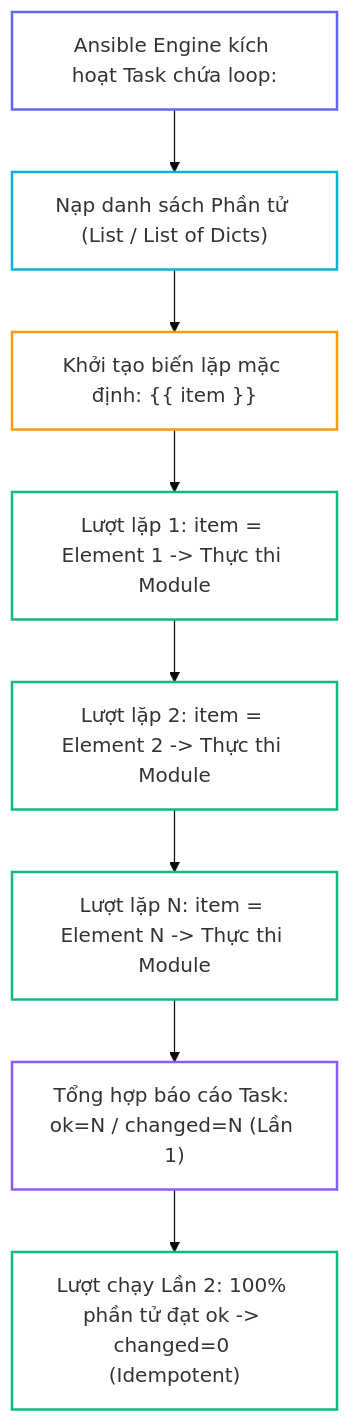
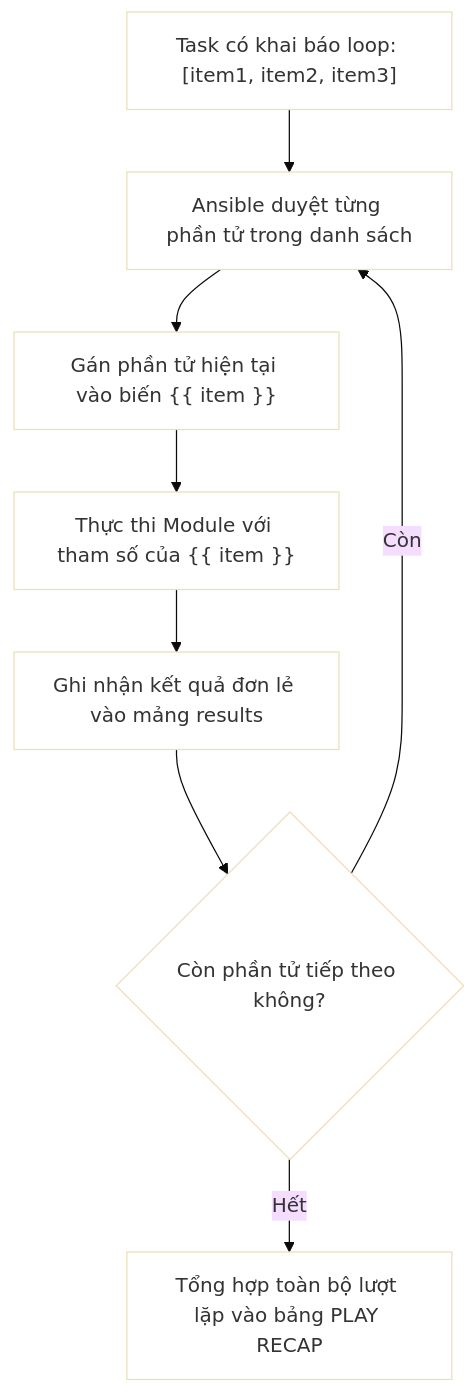
The first of 3 diagrams in _posts/2026-09-13-ansible-10-10-loops.md (kiennt308/ntk), drawn with Mermaid (base theme) before and after one commit. The commit also changed other lines of this file and 30 other files, not shown here.

````diff
--- a/_posts/2026-09-13-ansible-10-10-loops.md
+++ b/_posts/2026-09-13-ansible-10-10-loops.md
@@ -82,21 +37,18 @@
 ```mermaid
 graph TD
-    A["Ansible Engine kích hoạt Task chứa loop:"] --> B["Nạp danh sách Phần tử (List / List of Dicts)"]
-    B --> C["Khởi tạo biến lặp mặc định: {{ item }}"]
-    
-    C --> D["Lượt lặp 1: item = Element 1 -> Thực thi Module"]
-    D --> E["Lượt lặp 2: item = Element 2 -> Thực thi Module"]
-    E --> F["Lượt lặp N: item = Element N -> Thực thi Module"]
-    
-    F --> G["Tổng hợp báo cáo Task: ok=N / changed=N (Lần 1)"]
-    G --> H["Lượt chạy Lần 2: 100% phần tử đạt ok -> changed=0 (Idempotent)"]
+    A["Task có khai báo loop: [item1, item2, item3]"] --> B["Ansible duyệt từng phần tử trong danh sách"]
+    B --> C["Gán phần tử hiện tại vào biến {{ item }}"]
+    C --> D["Thực thi Module với tham số của {{ item }}"]
+    D --> E["Ghi nhận kết quả đơn lẻ vào mảng results"]
+    E --> F{"Còn phần tử tiếp theo không?"}
+    F -->|Còn| B
+    F -->|Hết| G["Tổng hợp toàn bộ lượt lặp vào bảng PLAY RECAP"]
 
-    style A fill:none,stroke:#6366f1,stroke-width:2px
-    style B fill:none,stroke:#06b6d4,stroke-width:2px
-    style C fill:none,stroke:#f59e0b,stroke-width:2px
-    style D fill:none,stroke:#10b981,stroke-width:2px
-    style E fill:none,stroke:#10b981,stroke-width:2px
-    style F fill:none,stroke:#10b981,stroke-width:2px
-    style G fill:none,stroke:#8b5cf6,stroke-width:2px
-    style H fill:none,stroke:#10b981,stroke-width:2px
+    style A fill:none
+    style B fill:none
+    style C fill:none
+    style D fill:none
+    style E fill:none
+    style F fill:none
+    style G fill:none
 ```
````
